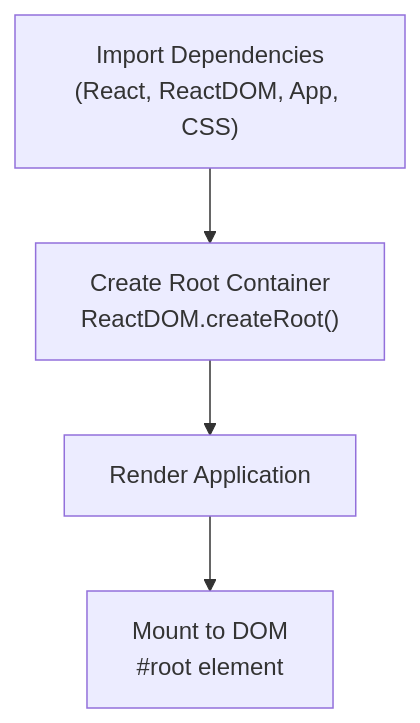
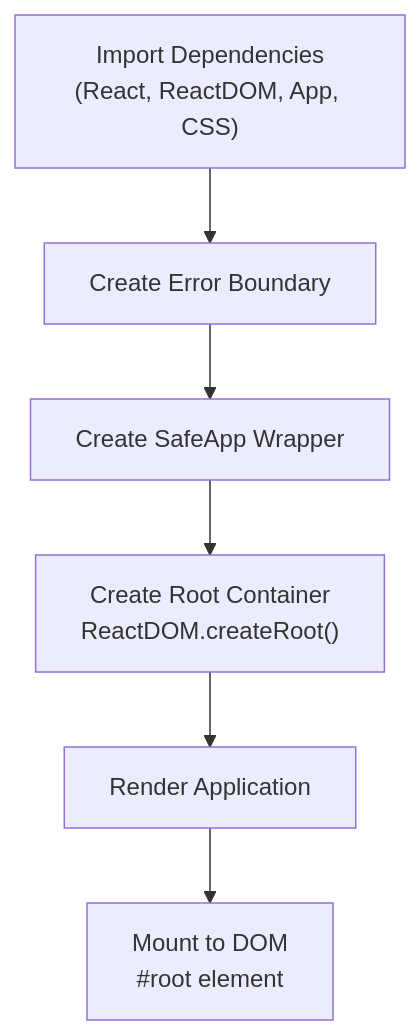
The first of 5 diagrams in .qoder/repowiki/en/content/Core Architecture/Application Entry Points.md (Latif080790/APP-STRUKTUR-BLACKBOX), drawn with Mermaid before and after one commit. The commit also changed other lines of this file and 26 other files, not shown here.

````diff
--- a/.qoder/repowiki/en/content/Core Architecture/Application Entry Points.md
+++ b/.qoder/repowiki/en/content/Core Architecture/Application Entry Points.md
@@ -40,6 +57,8 @@
 ```mermaid
 flowchart TD
-A["Import Dependencies\n(React, ReactDOM, App, CSS)"] --> B["Create Root Container\nReactDOM.createRoot()"]
-B --> C["Render Application\n<React.StrictMode><App /></React.StrictMode>"]
-C --> D["Mount to DOM\n#root element"]
+A["Import Dependencies\n(React, ReactDOM, App, CSS)"] --> B["Create Error Boundary"]
+B --> C["Create SafeApp Wrapper"]
+C --> D["Create Root Container\nReactDOM.createRoot()"]
+D --> E["Render Application\n<React.StrictMode><ErrorBoundary><SafeApp /></ErrorBoundary></React.StrictMode>"]
+E --> F["Mount to DOM\n#root element"]
 ```
````
